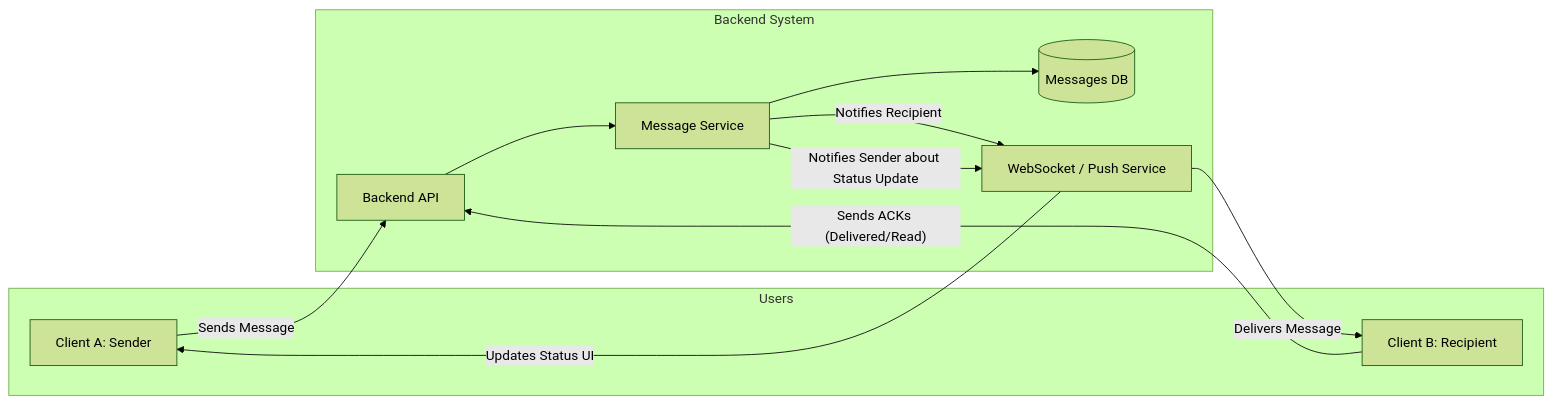
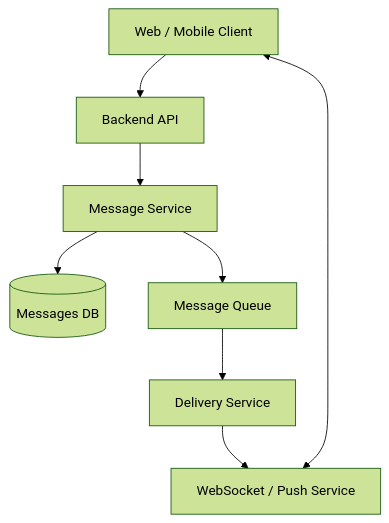
One commit to artembaranovsky1/Software-Design-and-Documentation_lab-1.1 changed the first of 3 diagrams in README.md. Above: the diagram before and after it, drawn with Mermaid (forest theme).

````diff
--- a/README.md
+++ b/README.md
@@ -4,23 +4,10 @@
 ```mermaid
-graph LR
-  subgraph "Users"
-    CA[Client A: Sender]
-    CB[Client B: Recipient]
-  end
-
-  subgraph "Backend System"
-    API[Backend API]
-    MS[Message Service]
-    DB[(Messages DB)]
-    WS[WebSocket / Push Service]
-  end
-
-  CA -- "Sends Message" --> API
-  API --> MS
-  MS --> DB
-  MS -- "Notifies Recipient" --> WS
-  WS -- "Delivers Message" --> CB
-  CB -- "Sends ACKs (Delivered/Read)" --> API
-  MS -- "Notifies Sender about Status Update" --> WS
-  WS -- "Updates Status UI" --> CA
+graph TD
+    Client[Web / Mobile Client] --> API[Backend API]
+    API --> MS[Message Service]
+    MS --> DB[(Messages DB)]
+    MS --> Queue[Message Queue]
+    Queue --> DS[Delivery Service]
+    DS --> WS[WebSocket / Push Service]
+    WS <--> Client
 ```
````
